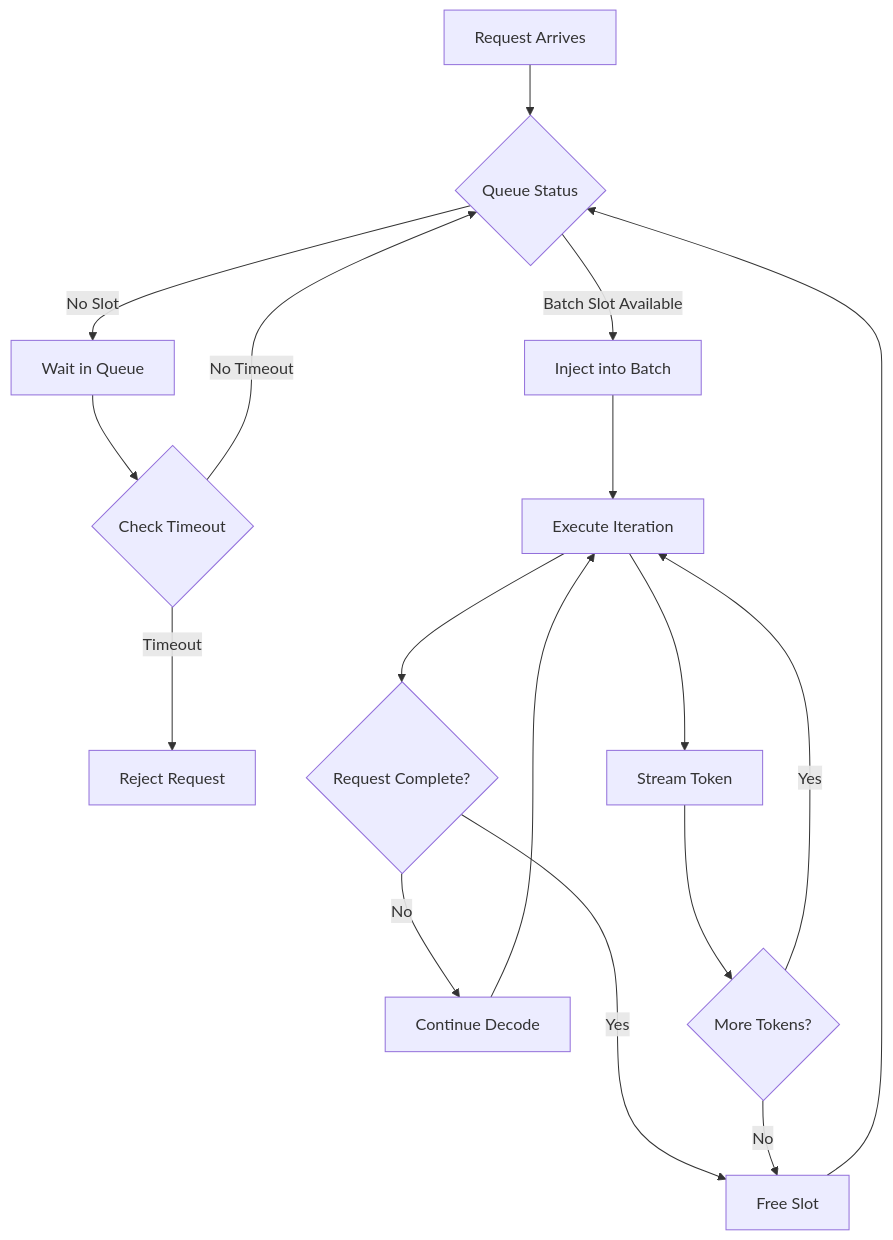
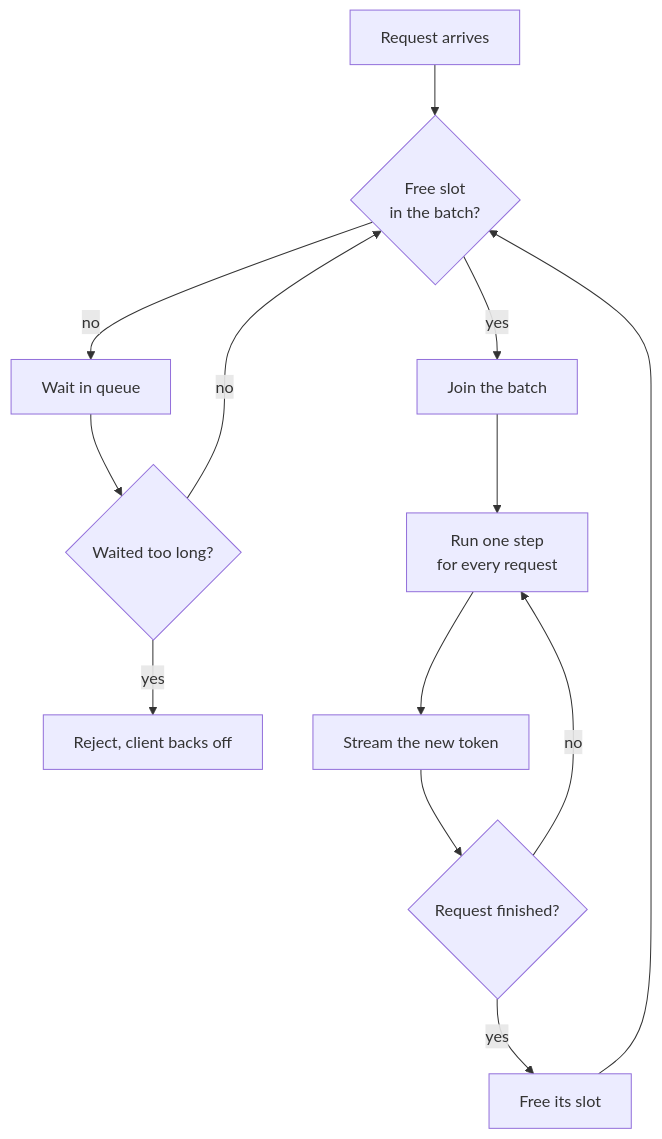
The second of 3 diagrams in src/data/blog/mlops/life-of-a-tensor-production-inference.md (gopikrishtummala/gopikrishtummala.github.io), drawn with Mermaid before and after one commit. The commit also changed other lines of this file, not shown here.

First line of the commit message:
Restyle Module 5b (life of a request) to style.md

````diff
--- a/src/data/blog/mlops/life-of-a-tensor-production-inference.md
+++ b/src/data/blog/mlops/life-of-a-tensor-production-inference.md
@@ -174,19 +79,15 @@
 ```mermaid
 flowchart TD
-    A[Request Arrives] --> B{Queue Status}
-    B -->|Batch Slot Available| C[Inject into Batch]
-    B -->|No Slot| D[Wait in Queue]
-    D --> E{Check Timeout}
-    E -->|Timeout| F[Reject Request]
-    E -->|No Timeout| B
-    C --> G[Execute Iteration]
-    G --> H{Request Complete?}
-    H -->|Yes| I[Free Slot]
-    H -->|No| J[Continue Decode]
-    I --> B
-    J --> G
-    G --> K[Stream Token]
-    K --> L{More Tokens?}
-    L -->|Yes| G
-    L -->|No| I
+  A["Request arrives"] --> B{"Free slot<br/>in the batch?"}
+  B -->|"yes"| C["Join the batch"]
+  B -->|"no"| D["Wait in queue"]
+  D --> E{"Waited too long?"}
+  E -->|"yes"| F["Reject, client backs off"]
+  E -->|"no"| B
+  C --> G["Run one step<br/>for every request"]
+  G --> K["Stream the new token"]
+  K --> H{"Request finished?"}
+  H -->|"no"| G
+  H -->|"yes"| I["Free its slot"]
+  I --> B
 ```
````
